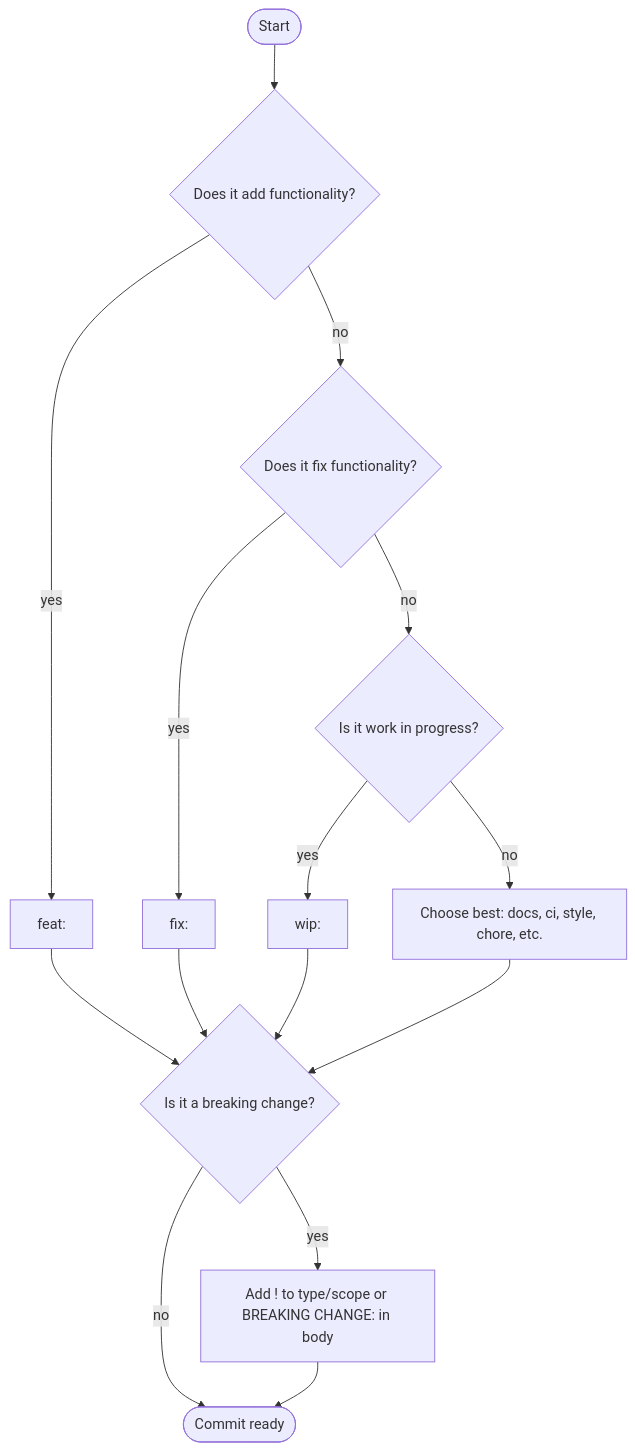
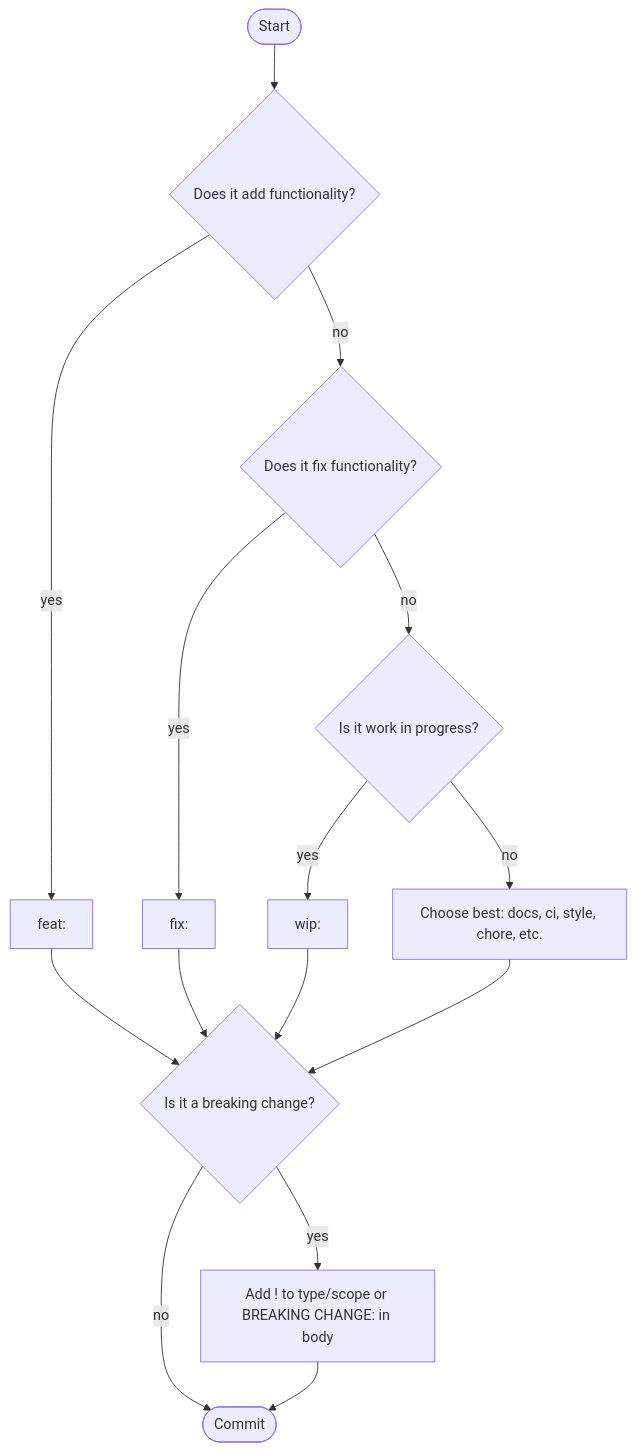
Before and after one commit to logickernel/agileflow: the diagram in docs/conventional-commits.md, drawn with Mermaid.

Commit message:
docs: update decision flow in conventional commits documentation to clarify commit readiness

````diff
--- a/docs/conventional-commits.md
+++ b/docs/conventional-commits.md
@@ -34,22 +34,22 @@
 ```mermaid
 flowchart TD
   Start([Start]) --> A{Does it add functionality?}
 
   A -- "yes" --> F[feat:]
   A -- "no" --> B{Does it fix functionality?}
 
   B -- "yes" --> X[fix:]
   B -- "no" --> C{Is it work in progress?}
 
   C -- "yes" --> W[wip:]
   C -- "no" --> D[Choose best: docs, ci, style, chore, etc.]
 
   W --> E{Is it a breaking change?}
   F --> E
   X --> E
   D --> E
 
-  E -- "no" --> Z([Commit ready])
+  E -- "no" --> Z([Commit])
   E -- "yes" --> G[Add ! to type/scope or BREAKING CHANGE: in body]
   G --> Z
 ```
````
